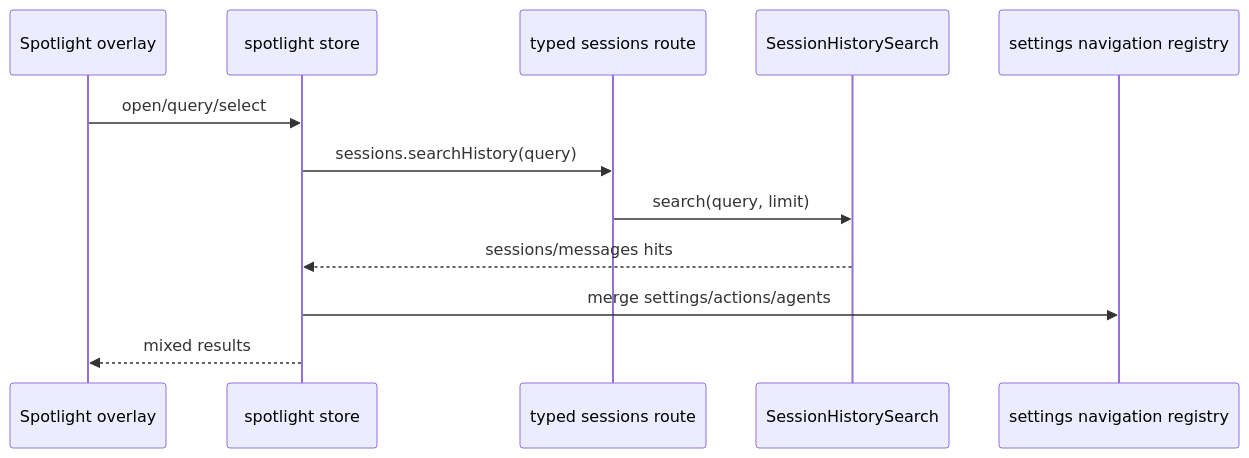
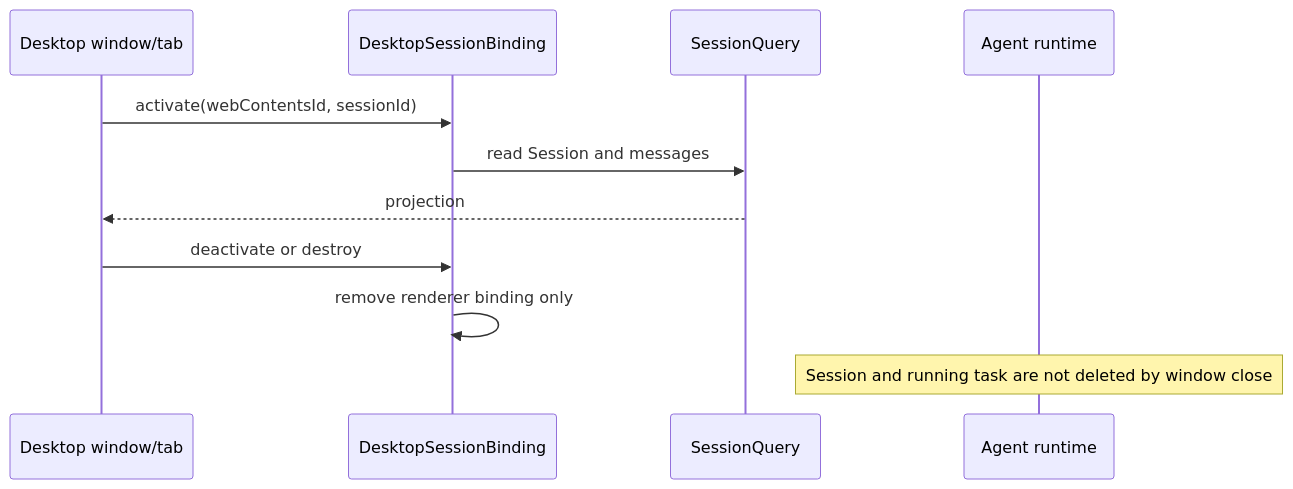
The sixth of 7 diagrams in docs/FLOWS.md (ThinkInAIXYZ/deepchat), drawn with Mermaid before and after one commit. The commit also changed other lines of this file and 14 other files, not shown here.

Commit message:
docs(architecture): describe final main structure

````diff
--- a/docs/FLOWS.md
+++ b/docs/FLOWS.md
@@ -179,15 +112,14 @@
 ```mermaid
 sequenceDiagram
-    participant UI as Spotlight overlay
-    participant Store as spotlight store
-    participant Route as typed sessions route
-    participant Search as SessionHistorySearch
-    participant Settings as settings navigation registry
+    participant Window as Desktop window/tab
+    participant Binding as DesktopSessionBinding
+    participant Query as SessionQuery
+    participant Runtime as Agent runtime
 
-    UI->>Store: open/query/select
-    Store->>Route: sessions.searchHistory(query)
-    Route->>Search: search(query, limit)
-    Search-->>Store: sessions/messages hits
-    Store->>Settings: merge settings/actions/agents
-    Store-->>UI: mixed results
+    Window->>Binding: activate(webContentsId, sessionId)
+    Binding->>Query: read Session and messages
+    Query-->>Window: projection
+    Window->>Binding: deactivate or destroy
+    Binding->>Binding: remove renderer binding only
+    Note over Runtime: Session and running task are not deleted by window close
 ```
````
